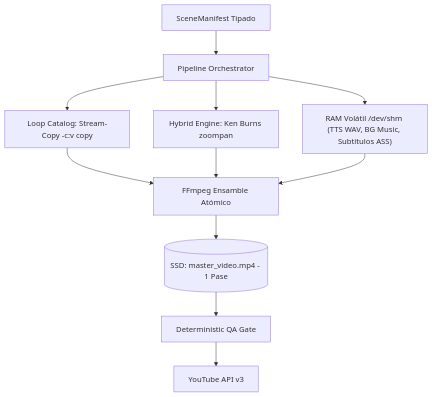
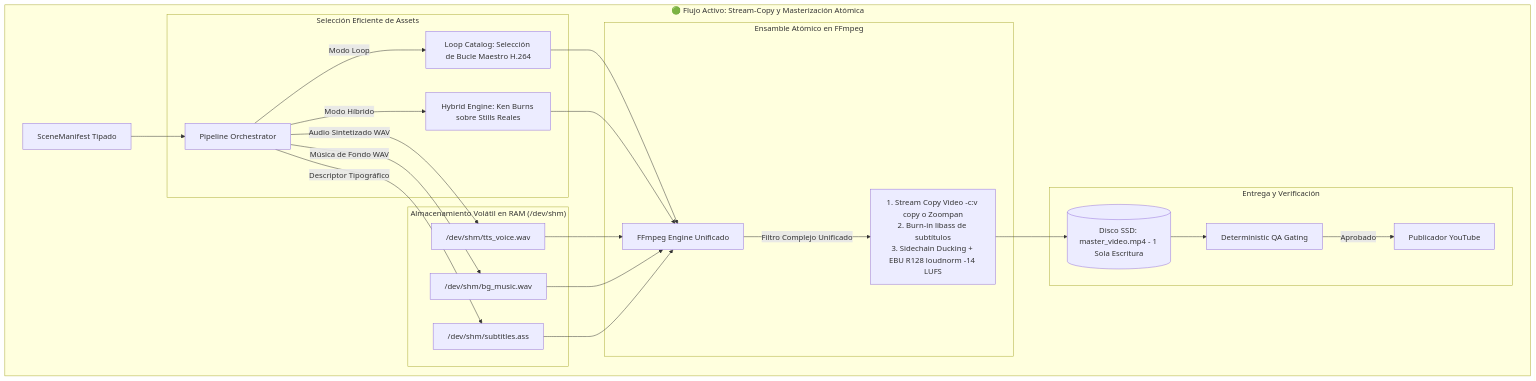
Before and after one commit to soyaelithia-ui/yt-auto: the third of 5 diagrams in docs/PLAN_MAESTRO_PIPELINE_VISUAL.md, drawn with Mermaid. The commit also changed other lines of this file and 81 other files, not shown here.

Commit message:
chore: prune legacy graphics and enable cookie uploads

````diff
--- a/docs/PLAN_MAESTRO_PIPELINE_VISUAL.md
+++ b/docs/PLAN_MAESTRO_PIPELINE_VISUAL.md
@@ -42,10 +113,29 @@
 ```mermaid
 flowchart TD
-    N1[SceneManifest Tipado] --> N2[Pipeline Orchestrator]
-    N2 --> L1[Loop Catalog: Stream-Copy -c:v copy]
-    N2 --> H1[Hybrid Engine: Ken Burns zoompan]
-    N2 --> SHM["RAM Volátil /dev/shm (TTS WAV, BG Music, Subtítulos ASS)"]
-    L1 & H1 & SHM --> FFMPEG[FFmpeg Ensamble Atómico]
-    FFMPEG --> MASTER[(SSD: master_video.mp4 - 1 Pase)]
-    MASTER --> QA[Deterministic QA Gate] --> PUBLISH[YouTube API v3]
+    subgraph OPTIMIZED["🟢 Flujo Activo: Stream-Copy y Masterización Atómica"]
+        N1[SceneManifest Tipado] --> N2[Pipeline Orchestrator]
+
+        subgraph ASSETS["Selección Eficiente de Assets"]
+            N2 -->|Modo Loop| L1[Loop Catalog: Selección de Bucle Maestro H.264]
+            N2 -->|Modo Híbrido| H1[Hybrid Engine: Ken Burns sobre Stills Reales]
+        end
+
+        subgraph RAM_EPHEMERAL["Almacenamiento Volátil en RAM (/dev/shm)"]
+            N2 -->|Audio Sintetizado WAV| SHM1["/dev/shm/tts_voice.wav"]
+            N2 -->|Música de Fondo WAV| SHM2["/dev/shm/bg_music.wav"]
+            N2 -->|Descriptor Tipográfico| SHM3["/dev/shm/subtitles.ass"]
+        end
+
+        subgraph ATOMIC_PASS["Ensamble Atómico en FFmpeg"]
+            L1 & H1 --> FFMPEG[FFmpeg Engine Unificado]
+            SHM1 & SHM2 & SHM3 --> FFMPEG
+            FFMPEG -->|Filtro Complejo Unificado| ATOM_OUT[1. Stream Copy Video -c:v copy o Zoompan<br/>2. Burn-in libass de subtítulos<br/>3. Sidechain Ducking + EBU R128 loudnorm -14 LUFS]
+        end
+
+        subgraph OUTPUT["Entrega y Verificación"]
+            ATOM_OUT --> MASTER[(Disco SSD: master_video.mp4 - 1 Sola Escritura)]
+            MASTER --> QA[Deterministic QA Gating]
+            QA -->|Aprobado| PUBLISH[Publicador YouTube]
+        end
+    end
 ```
````
